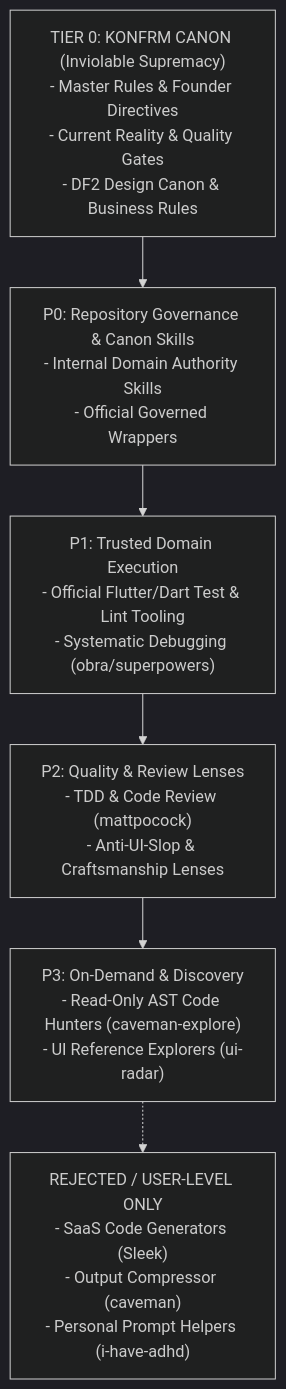
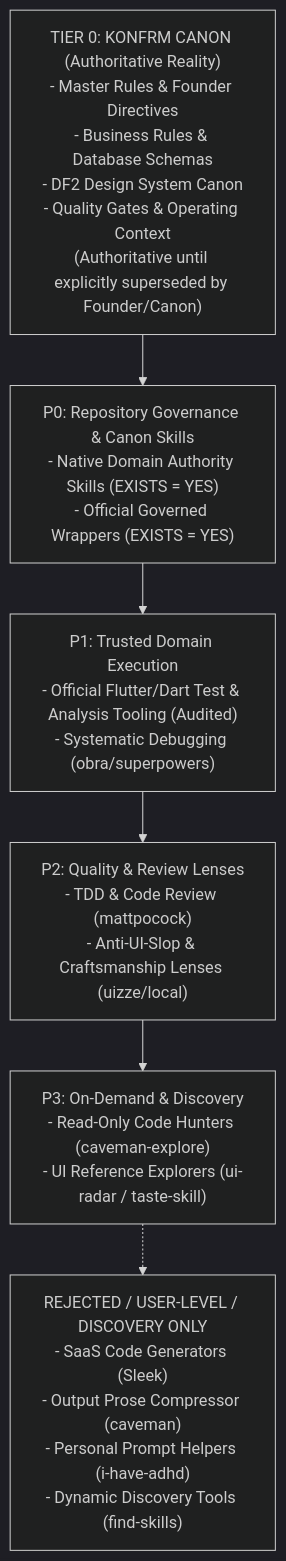
Before and after one commit to Essxm01/KONFRM: the first of 2 diagrams in docs/agents/KONFRM_AGENT_SKILLS_GOVERNANCE_V1.md, drawn with Mermaid (dark theme). The commit also changed other lines of this file and 3 other files, not shown here.

Commit message:
docs(agents): remediate skills governance audit findings

````diff
--- a/docs/agents/KONFRM_AGENT_SKILLS_GOVERNANCE_V1.md
+++ b/docs/agents/KONFRM_AGENT_SKILLS_GOVERNANCE_V1.md
@@ -32,20 +33,20 @@
 ```mermaid
 flowchart TD
-    T0["TIER 0: KONFRM CANON (Inviolable Supremacy)\n- Master Rules & Founder Directives\n- Current Reality & Quality Gates\n- DF2 Design Canon & Business Rules"]
+    T0["TIER 0: KONFRM CANON (Authoritative Reality)\n- Master Rules & Founder Directives\n- Business Rules & Database Schemas\n- DF2 Design System Canon\n- Quality Gates & Operating Context\n(Authoritative until explicitly superseded by Founder/Canon)"]
 
-    P0["P0: Repository Governance & Canon Skills\n- Internal Domain Authority Skills\n- Official Governed Wrappers"]
+    P0["P0: Repository Governance & Canon Skills\n- Native Domain Authority Skills (EXISTS = YES)\n- Official Governed Wrappers (EXISTS = YES)"]
 
-    P1["P1: Trusted Domain Execution\n- Official Flutter/Dart Test & Lint Tooling\n- Systematic Debugging (obra/superpowers)"]
+    P1["P1: Trusted Domain Execution\n- Official Flutter/Dart Test & Analysis Tooling (Audited)\n- Systematic Debugging (obra/superpowers)"]
 
-    P2["P2: Quality & Review Lenses\n- TDD & Code Review (mattpocock)\n- Anti-UI-Slop & Craftsmanship Lenses"]
+    P2["P2: Quality & Review Lenses\n- TDD & Code Review (mattpocock)\n- Anti-UI-Slop & Craftsmanship Lenses (uizze/local)"]
 
-    P3["P3: On-Demand & Discovery\n- Read-Only AST Code Hunters (caveman-explore)\n- UI Reference Explorers (ui-radar)"]
+    P3["P3: On-Demand & Discovery\n- Read-Only Code Hunters (caveman-explore)\n- UI Reference Explorers (ui-radar / taste-skill)"]
 
-    REJ["REJECTED / USER-LEVEL ONLY\n- SaaS Code Generators (Sleek)\n- Output Compressor (caveman)\n- Personal Prompt Helpers (i-have-adhd)"]
+    REJ["REJECTED / USER-LEVEL / DISCOVERY ONLY\n- SaaS Code Generators (Sleek)\n- Output Prose Compressor (caveman)\n- Personal Prompt Helpers (i-have-adhd)\n- Dynamic Discovery Tools (find-skills)"]
 
     T0 --> P0
     P0 --> P1
     P1 --> P2
     P2 --> P3
     P3 -.-> REJ
 ```
````
